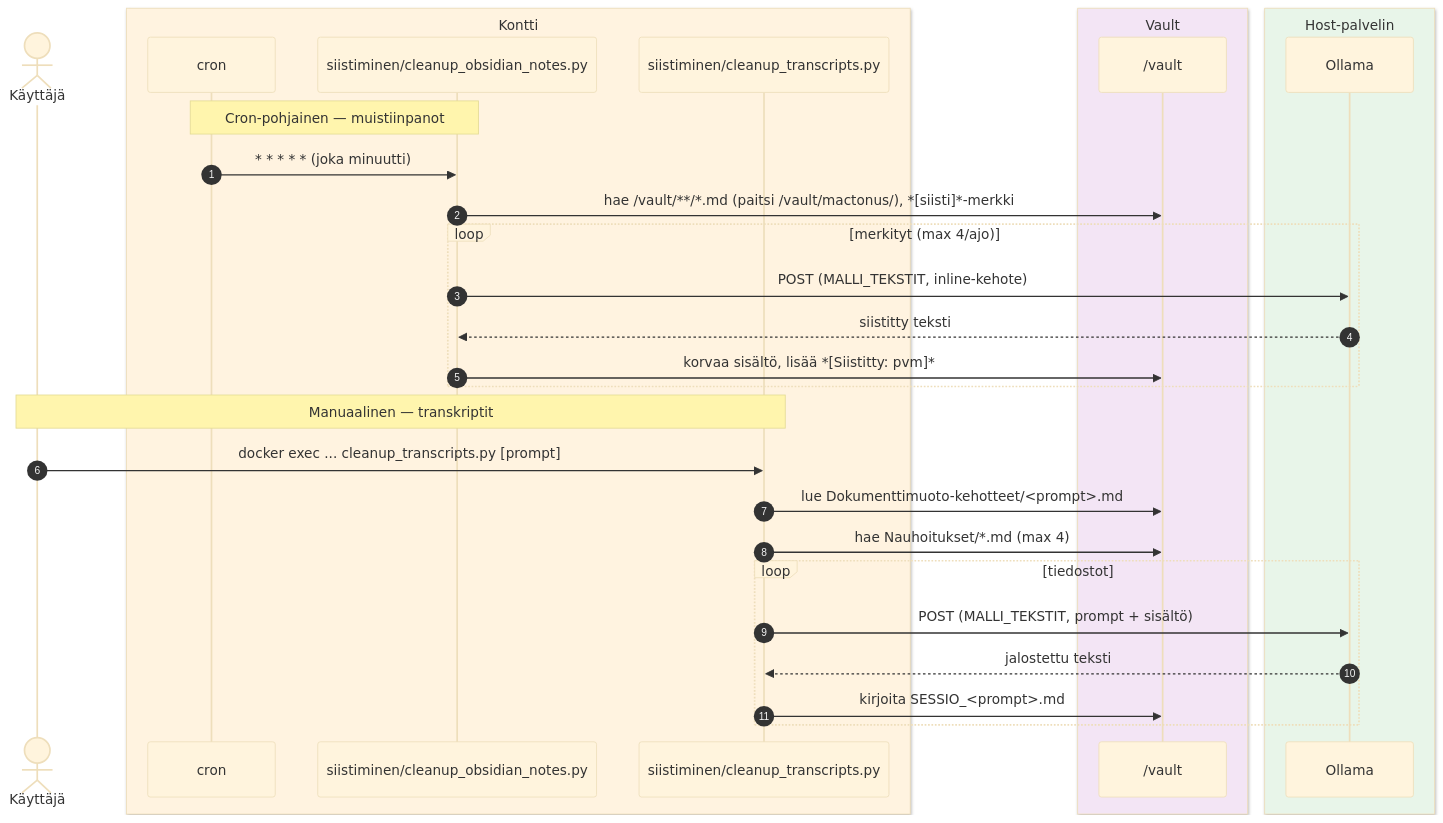
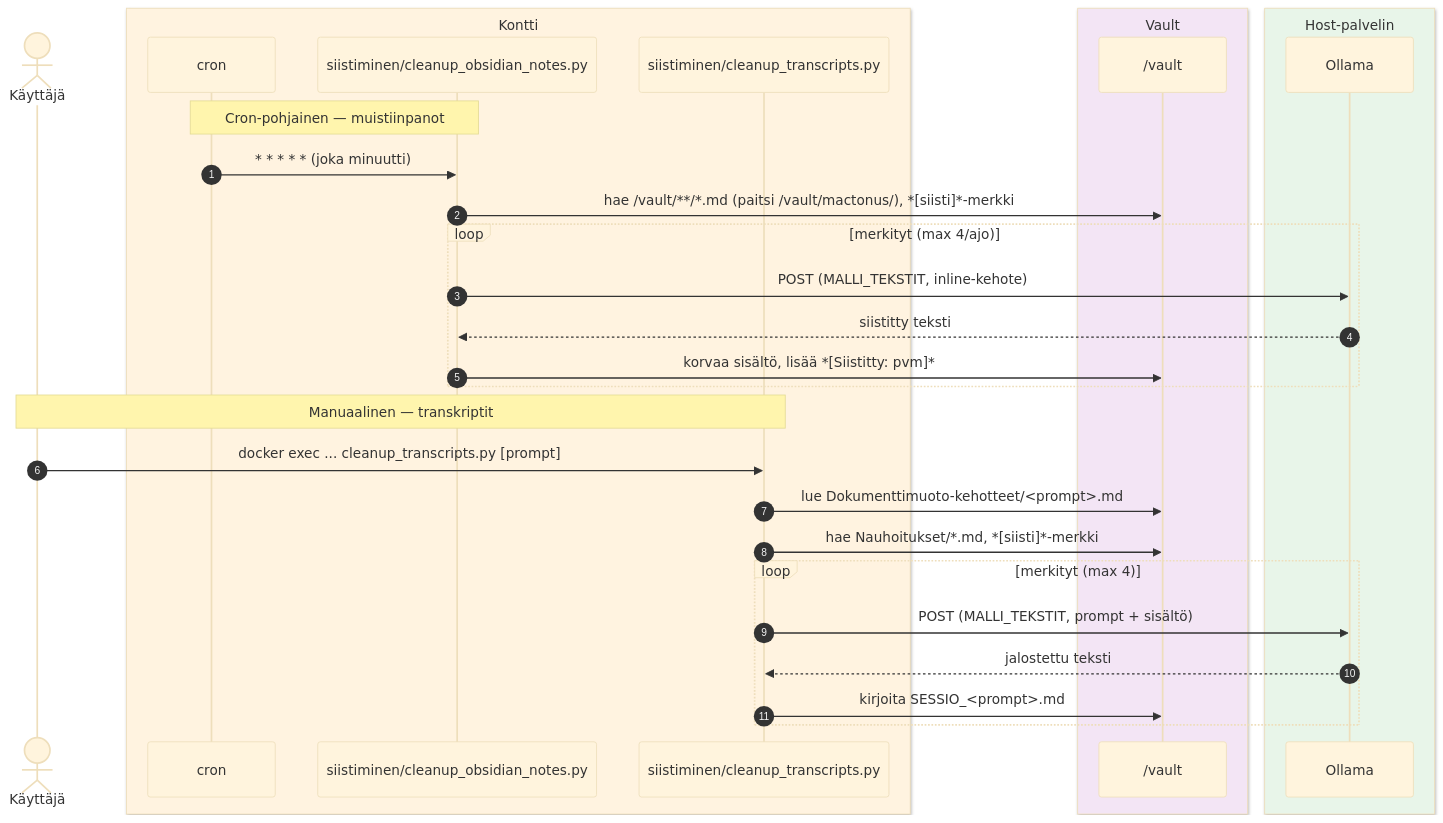
The third of 5 diagrams in README.md (atonusgit/mactonus), drawn with Mermaid (base theme) before and after one commit. The commit also changed other lines of this file and 1 other file, not shown here.

Commit message:
Rajoita transkriptien siistiminen *[siisti]*-merkittyihin tiedostoihin
Yhdenmukaistaa cleanup_transcripts.py:n käytännön cleanup_obsidian_notes.py:n
kanssa: käyttäjä merkitsee eksplisiittisesti mitkä Nauhoitukset/*.md-tiedostot
halutaan siistittävän, eikä skripti enää käsittele kaikkia löydettyjä tiedostoja
automaattisesti.

````diff
--- a/README.md
+++ b/README.md
@@ -119,35 +119,35 @@
 ```mermaid
 sequenceDiagram
     autonumber
     actor U as Käyttäjä
     box rgb(255, 243, 224) Kontti
         participant Cron as cron
         participant CO as siistiminen/cleanup_obsidian_notes.py
         participant CT as siistiminen/cleanup_transcripts.py
     end
     box rgb(243, 229, 245) Vault
         participant V as /vault
     end
     box rgb(232, 245, 233) Host-palvelin
         participant Ol as Ollama
     end
 
     Note over Cron,CO: Cron-pohjainen — muistiinpanot
     Cron->>CO: * * * * * (joka minuutti)
     CO->>V: hae /vault/**/*.md (paitsi /vault/mactonus/), *[siisti]*-merkki
     loop merkityt (max 4/ajo)
         CO->>Ol: POST (MALLI_TEKSTIT, inline-kehote)
         Ol-->>CO: siistitty teksti
         CO->>V: korvaa sisältö, lisää *[Siistitty: pvm]*
     end
 
     Note over U,CT: Manuaalinen — transkriptit
     U->>CT: docker exec ... cleanup_transcripts.py [prompt]
     CT->>V: lue Dokumenttimuoto-kehotteet/<prompt>.md
-    CT->>V: hae Nauhoitukset/*.md (max 4)
-    loop tiedostot
+    CT->>V: hae Nauhoitukset/*.md, *[siisti]*-merkki
+    loop merkityt (max 4)
         CT->>Ol: POST (MALLI_TEKSTIT, prompt + sisältö)
         Ol-->>CT: jalostettu teksti
         CT->>V: kirjoita SESSIO_<prompt>.md
     end
 ```
````
